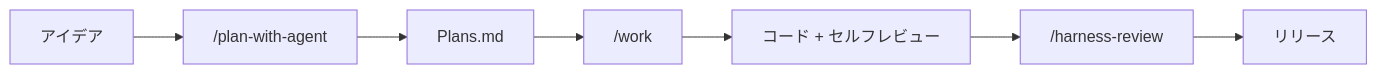
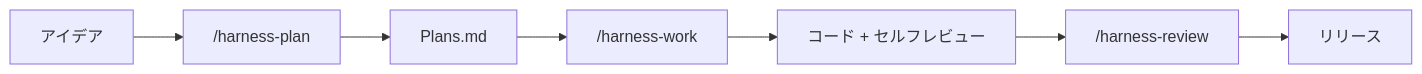
The diagram in README_ja.md (jyf2100/claude-code-harness), drawn with Mermaid before and after one commit. The commit also changed other lines of this file and 1 other file, not shown here.

First line of the commit message:
docs: update README command names to v3 harness- prefix

````diff
--- a/README_ja.md
+++ b/README_ja.md
@@ -34,9 +34,9 @@
 ```mermaid
 graph LR
-    A[アイデア] --> B["/plan-with-agent"]
+    A[アイデア] --> B["/harness-plan"]
     B --> C["Plans.md"]
-    C --> D["/work"]
+    C --> D["/harness-work"]
     D --> E["コード + セルフレビュー"]
     E --> F["/harness-review"]
     F --> G["リリース"]
 ```
````
